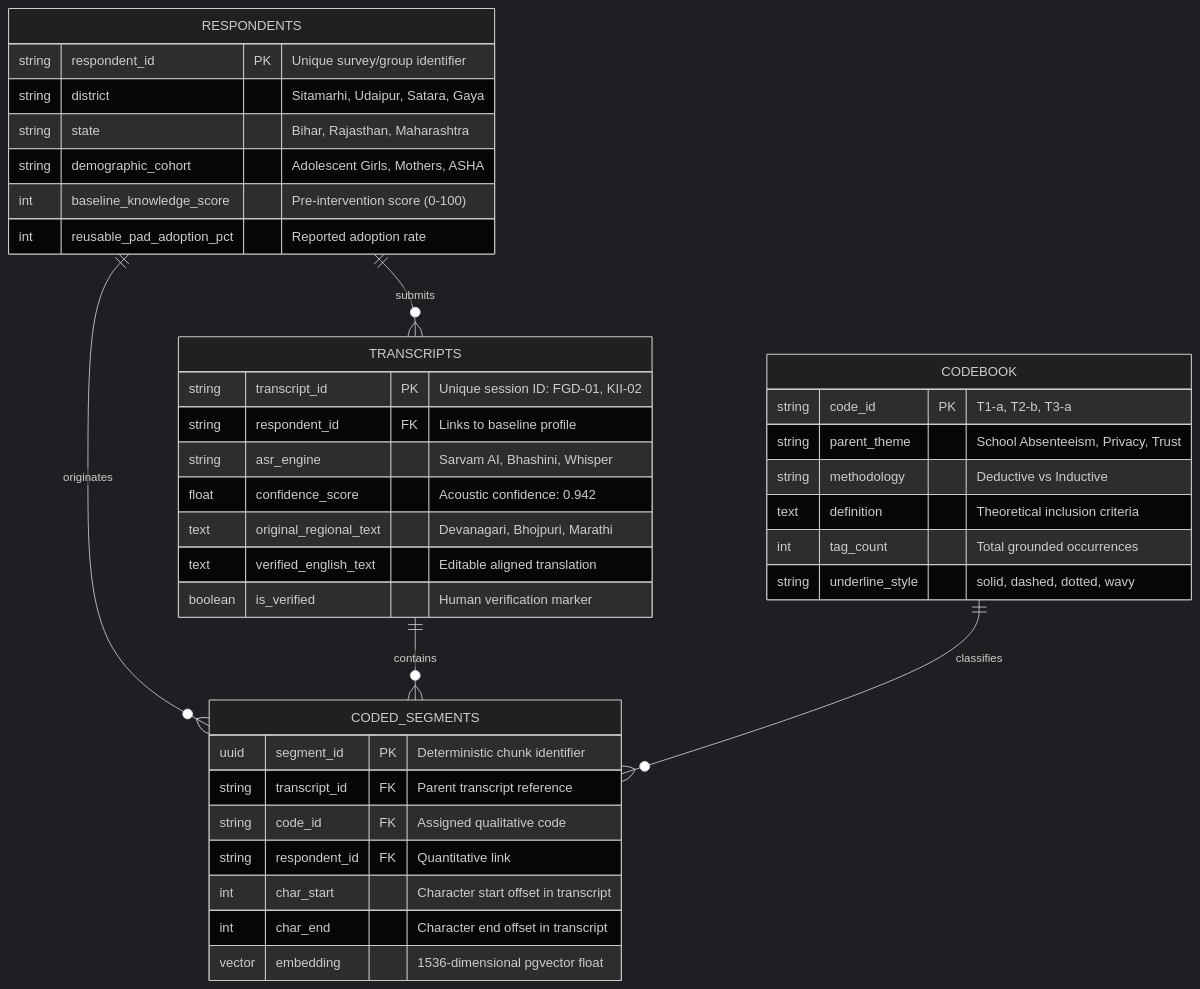
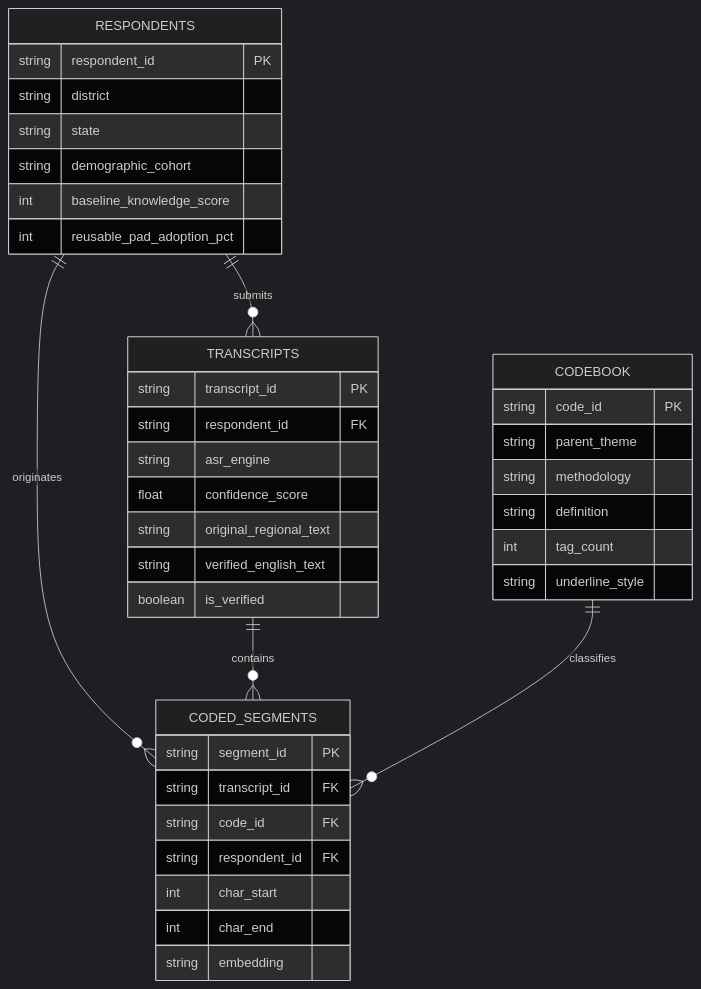
Before and after one commit to rajiv-ml/Baala-Labs: the third of 4 diagrams in README.md, drawn with Mermaid (dark theme). The commit also changed other lines of this file, not shown here.

Commit message:
fix(docs): resolve GitHub Mermaid parsing issues in diagrams

````diff
--- a/README.md
+++ b/README.md
@@ -98,45 +98,45 @@
 ```mermaid
 erDiagram
-    RESPONDENTS ||--o{ TRANSCRIPTS : "submits"
-    RESPONDENTS ||--o{ CODED_SEGMENTS : "originates"
-    TRANSCRIPTS ||--o{ CODED_SEGMENTS : "contains"
-    CODEBOOK ||--o{ CODED_SEGMENTS : "classifies"
+    RESPONDENTS ||--o{ TRANSCRIPTS : submits
+    RESPONDENTS ||--o{ CODED_SEGMENTS : originates
+    TRANSCRIPTS ||--o{ CODED_SEGMENTS : contains
+    CODEBOOK ||--o{ CODED_SEGMENTS : classifies
 
     RESPONDENTS {
-        string respondent_id PK "Unique survey/group identifier"
-        string district "Sitamarhi, Udaipur, Satara, Gaya"
-        string state "Bihar, Rajasthan, Maharashtra"
-        string demographic_cohort "Adolescent Girls, Mothers, ASHA"
-        int baseline_knowledge_score "Pre-intervention score (0-100)"
-        int reusable_pad_adoption_pct "Reported adoption rate"
+        string respondent_id PK
+        string district
+        string state
+        string demographic_cohort
+        int baseline_knowledge_score
+        int reusable_pad_adoption_pct
     }
 
     TRANSCRIPTS {
-        string transcript_id PK "Unique session ID: FGD-01, KII-02"
-        string respondent_id FK "Links to baseline profile"
-        string asr_engine "Sarvam AI, Bhashini, Whisper"
-        float confidence_score "Acoustic confidence: 0.942"
-        text original_regional_text "Devanagari, Bhojpuri, Marathi"
-        text verified_english_text "Editable aligned translation"
-        boolean is_verified "Human verification marker"
+        string transcript_id PK
+        string respondent_id FK
+        string asr_engine
+        float confidence_score
+        string original_regional_text
+        string verified_english_text
+        boolean is_verified
     }
 
     CODEBOOK {
-        string code_id PK "T1-a, T2-b, T3-a"
-        string parent_theme "School Absenteeism, Privacy, Trust"
-        string methodology "Deductive vs Inductive"
-        text definition "Theoretical inclusion criteria"
-        int tag_count "Total grounded occurrences"
-        string underline_style "solid, dashed, dotted, wavy"
+        string code_id PK
+        string parent_theme
+        string methodology
+        string definition
+        int tag_count
+        string underline_style
     }
 
     CODED_SEGMENTS {
-        uuid segment_id PK "Deterministic chunk identifier"
-        string transcript_id FK "Parent transcript reference"
-        string code_id FK "Assigned qualitative code"
-        string respondent_id FK "Quantitative link"
-        int char_start "Character start offset in transcript"
-        int char_end "Character end offset in transcript"
-        vector embedding "1536-dimensional pgvector float"
+        string segment_id PK
+        string transcript_id FK
+        string code_id FK
+        string respondent_id FK
+        int char_start
+        int char_end
+        string embedding
     }
 ```
````
